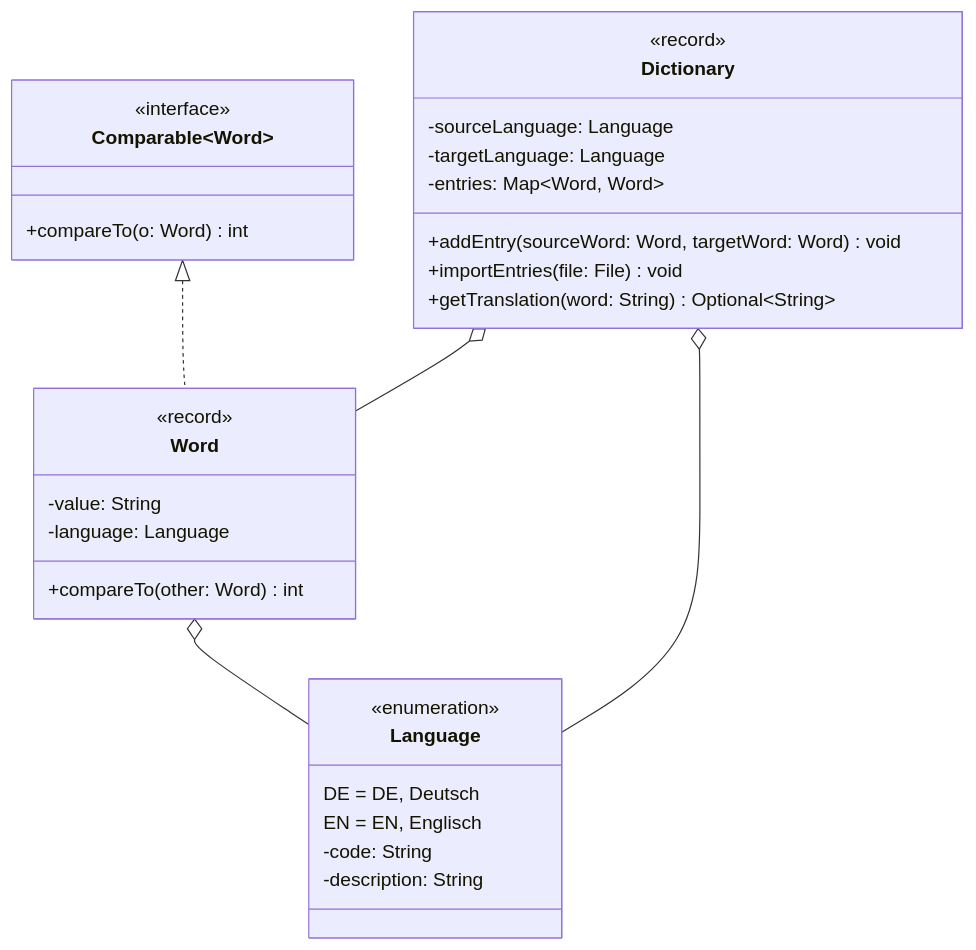
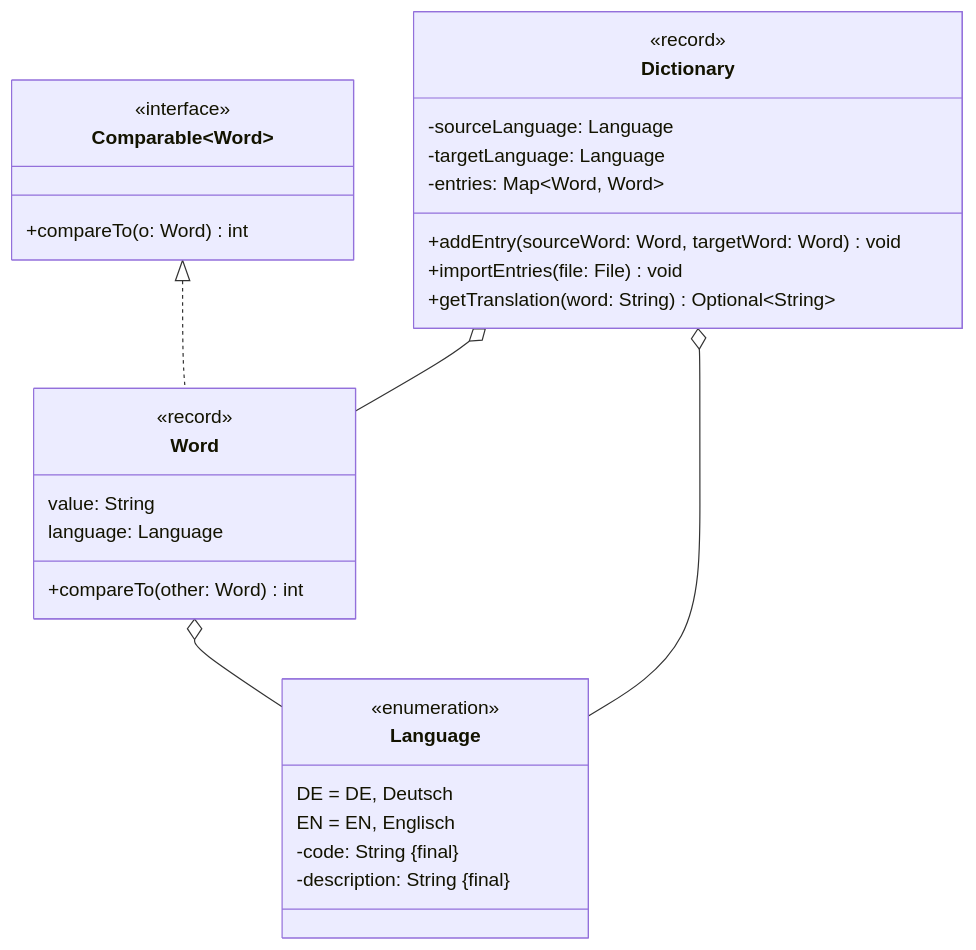
Before and after one commit to jappuccini/java-docs: the diagram in docs/exam-exercises/exam-exercises-java2/dictionary.md, drawn with Mermaid. The commit also changed 24 other files, not shown here.

````diff
--- a/docs/exam-exercises/exam-exercises-java2/dictionary.md
+++ b/docs/exam-exercises/exam-exercises-java2/dictionary.md
@@ -13,37 +13,37 @@
 ```mermaid
 classDiagram
     Comparable~Word~ <|.. Word
     Word o-- Language
     Dictionary o-- Word
     Dictionary o-- Language
 
     class Word {
         <<record>>
-        -value: String
-        -language: Language
+        value: String
+        language: Language
         +compareTo(other: Word) int
     }
 
     class Comparable~Word~ {
         <<interface>>
         +compareTo(o: Word) int
     }
 
     class Language {
         <<enumeration>>
         DE = DE, Deutsch
         EN = EN, Englisch
-        -code: String
-        -description: String
+        -code: String &#123final&#125
+        -description: String &#123final&#125
     }
 
     class Dictionary {
         <<record>>
         -sourceLanguage: Language
         -targetLanguage: Language
         -entries: Map~Word, Word~
         +addEntry(sourceWord: Word, targetWord: Word) void
         +importEntries(file: File) void
         +getTranslation(word: String) Optional~String~
     }
 ```
````
